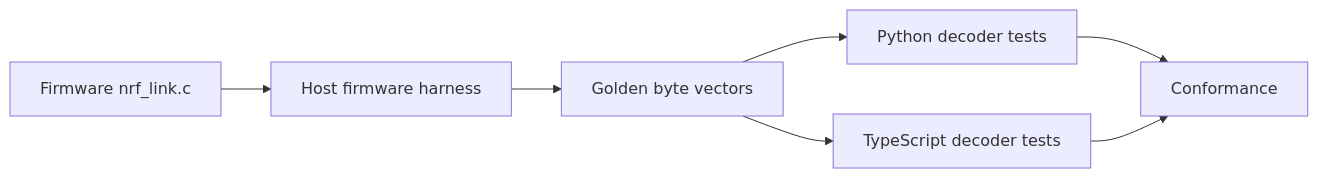
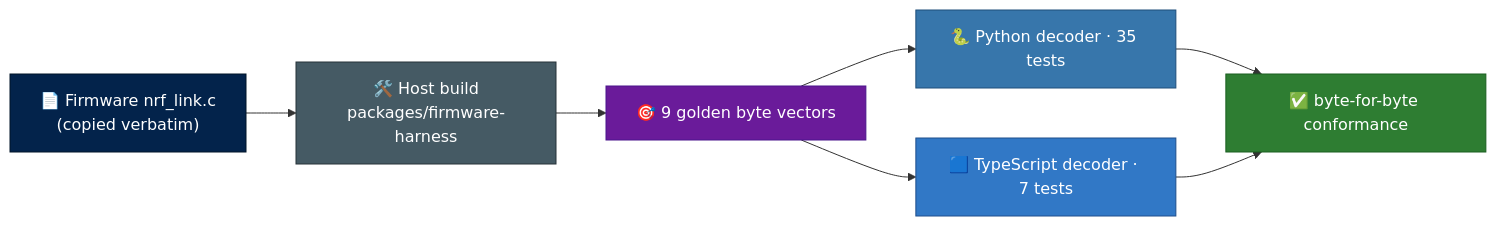
Before and after one commit to siddhaantxsingh/Mesp_platform: the fourth of 13 diagrams in README.md, drawn with Mermaid. The commit also changed other lines of this file, not shown here.

````diff
--- a/README.md
+++ b/README.md
@@ -261,11 +164,15 @@
-``` mermaid
+```mermaid
 flowchart LR
-    F["Firmware nrf_link.c"] --> H["Host firmware harness"]
-    H --> V["Golden byte vectors"]
+    F["📄 Firmware nrf_link.c<br/>(copied verbatim)"]:::fw --> H["🛠️ Host build<br/>packages/firmware-harness"]:::h --> V["🎯 9 golden byte vectors"]:::v
+    V --> PY["🐍 Python decoder · 35 tests"]:::py
+    V --> TS["🟦 TypeScript decoder · 7 tests"]:::ts
+    PY --> OK["✅ byte-for-byte conformance"]:::ok
+    TS --> OK
 
-    V --> PY["Python decoder tests"]
-    V --> TS["TypeScript decoder tests"]
-
-    PY --> C["Conformance"]
-    TS --> C
+    classDef fw fill:#03234B,stroke:#011428,color:#fff
+    classDef h fill:#455A64,stroke:#263238,color:#fff
+    classDef v fill:#6A1B9A,stroke:#4A148C,color:#fff
+    classDef py fill:#3776AB,stroke:#1E4E7A,color:#fff
+    classDef ts fill:#3178C6,stroke:#1E4E8C,color:#fff
+    classDef ok fill:#2E7D32,stroke:#1B5E20,color:#fff
 ```
````
